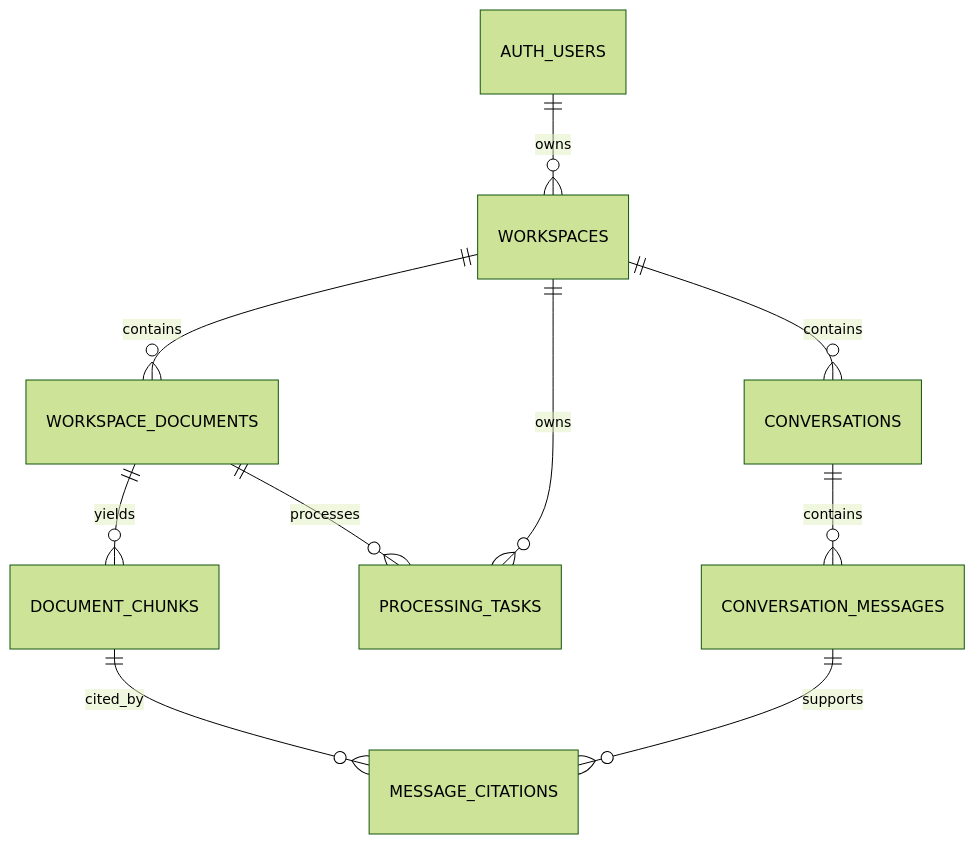
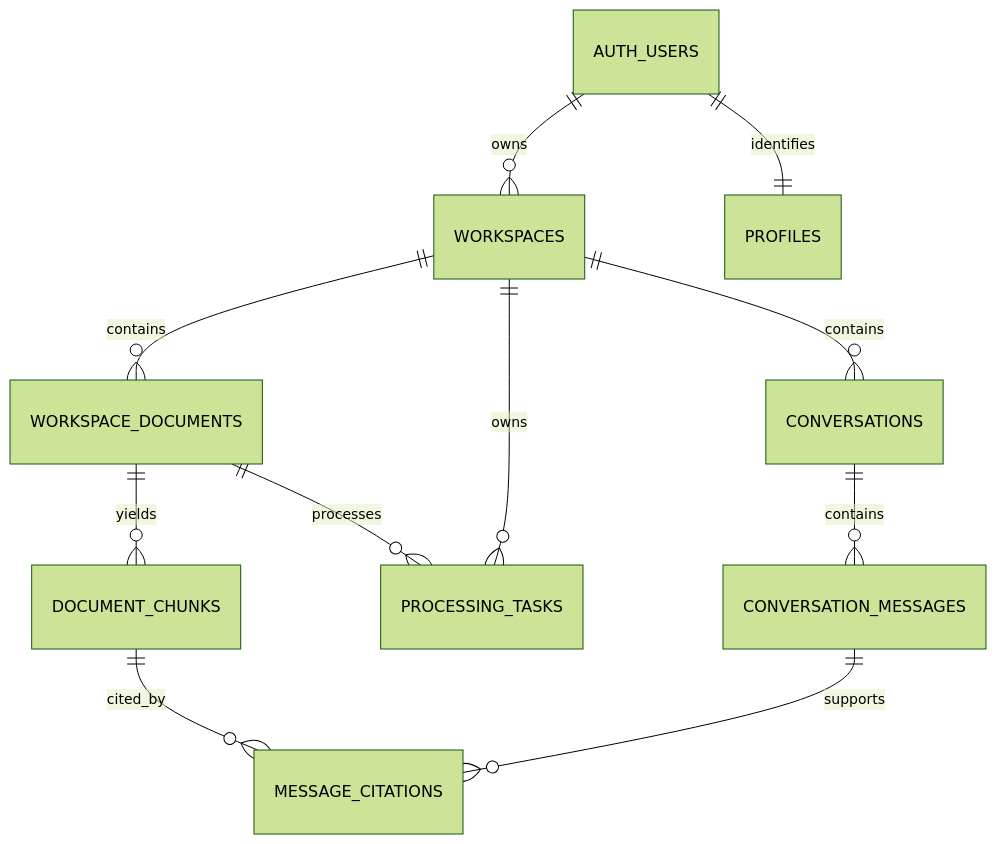
One commit to xcymm3/knowtrace-ai changed the diagram in docs/data-model.md. Above: the diagram before and after it, drawn with Mermaid (forest theme). The commit also changed other lines of this file and 15 other files, not shown here.

````diff
--- a/docs/data-model.md
+++ b/docs/data-model.md
@@ -5,12 +5,13 @@
 ```mermaid
 erDiagram
   AUTH_USERS ||--o{ WORKSPACES : owns
+  AUTH_USERS ||--|| PROFILES : identifies
   WORKSPACES ||--o{ WORKSPACE_DOCUMENTS : contains
   WORKSPACES ||--o{ PROCESSING_TASKS : owns
   WORKSPACES ||--o{ CONVERSATIONS : contains
   WORKSPACE_DOCUMENTS ||--o{ DOCUMENT_CHUNKS : yields
   WORKSPACE_DOCUMENTS ||--o{ PROCESSING_TASKS : processes
   CONVERSATIONS ||--o{ CONVERSATION_MESSAGES : contains
   CONVERSATION_MESSAGES ||--o{ MESSAGE_CITATIONS : supports
   DOCUMENT_CHUNKS ||--o{ MESSAGE_CITATIONS : cited_by
 ```
````
